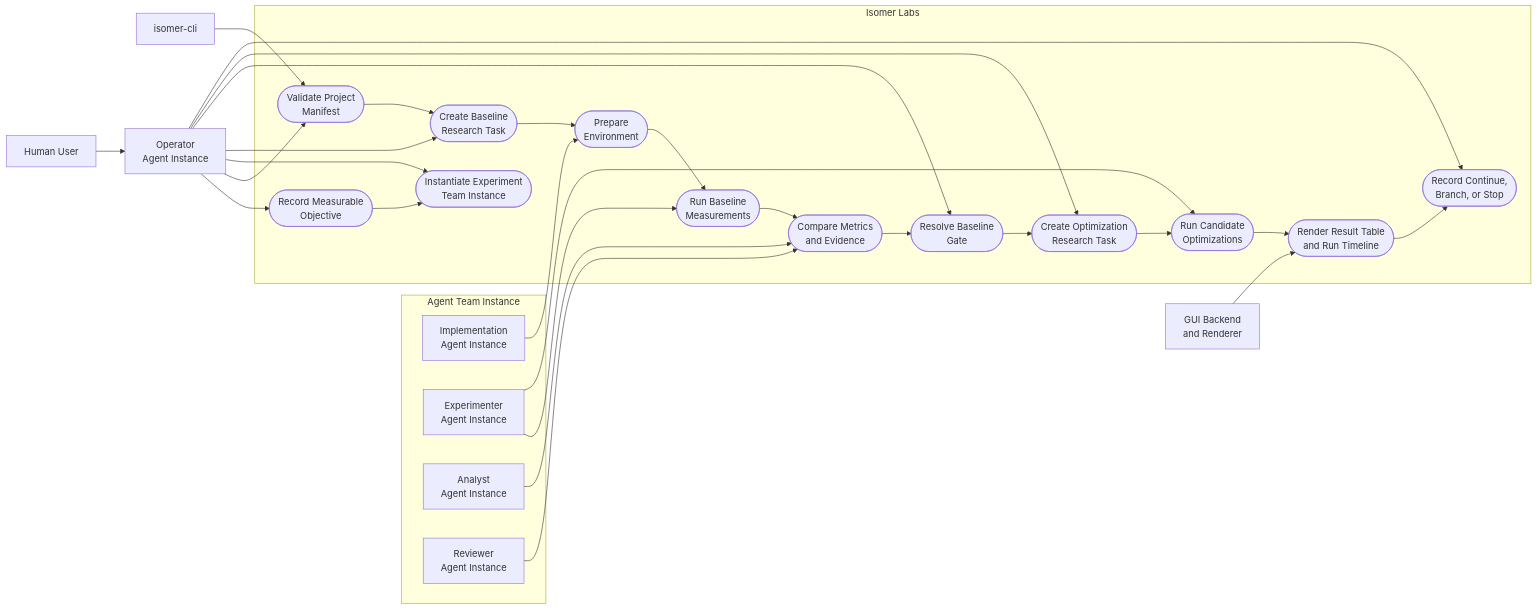
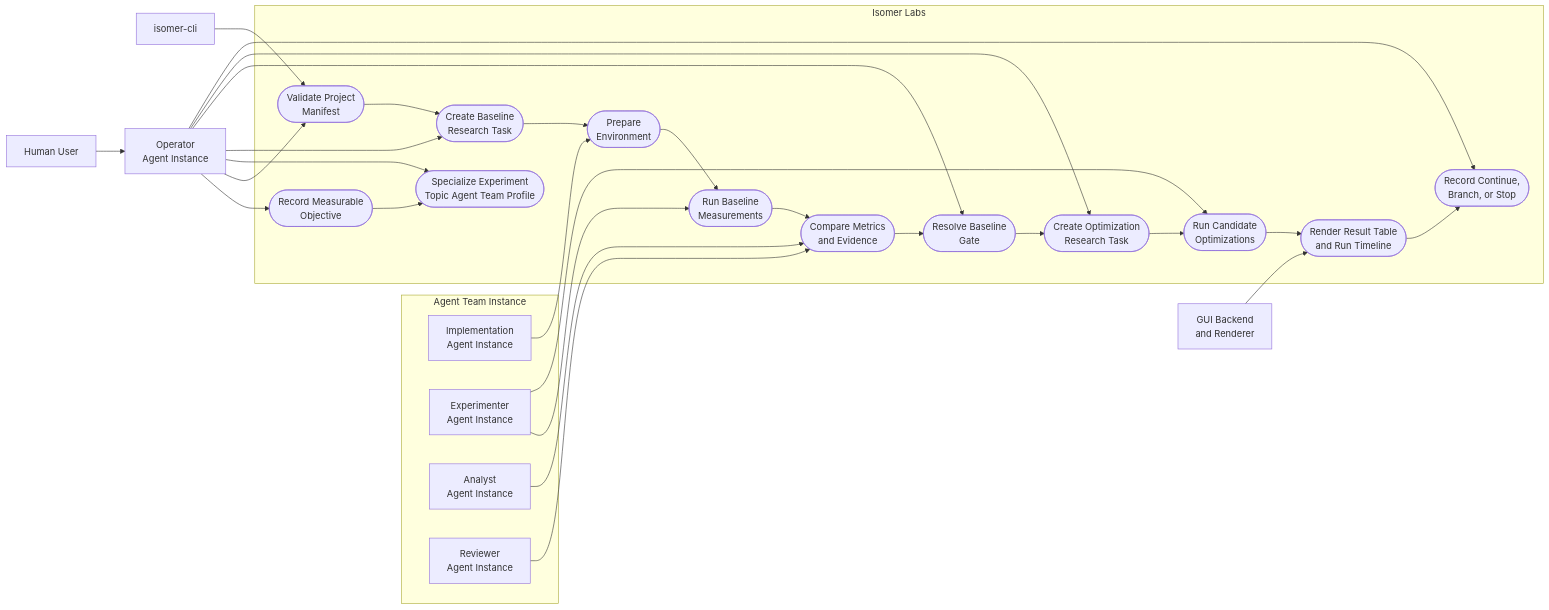
Before and after one commit to CodeGandee/isomer-labs: the first of 2 diagrams in .imsight-arts/project-explore/use-cases/uc-02-reproduce-baseline-and-optimize.md, drawn with Mermaid. The commit also changed other lines of this file and 12 other files, not shown here.

Commit message:
docs: define domain topic team lifecycle

````diff
--- a/.imsight-arts/project-explore/use-cases/uc-02-reproduce-baseline-and-optimize.md
+++ b/.imsight-arts/project-explore/use-cases/uc-02-reproduce-baseline-and-optimize.md
@@ -33,56 +33,56 @@
 ```mermaid
 flowchart LR
   User[Human User]
   CLI[isomer-cli]
   Operator["Operator<br/>Agent Instance"]
   GUI["GUI Backend<br/>and Renderer"]
 
   subgraph TeamInstance["Agent Team Instance"]
     Implementation["Implementation<br/>Agent Instance"]
     Experimenter["Experimenter<br/>Agent Instance"]
     Analyst["Analyst<br/>Agent Instance"]
     Reviewer["Reviewer<br/>Agent Instance"]
   end
 
   subgraph Isomer["Isomer Labs"]
     UC1([Record Measurable<br/>Objective])
     UC2([Validate Project<br/>Manifest])
-    UC3([Instantiate Experiment<br/>Team Instance])
+    UC3([Specialize Experiment<br/>Topic Agent Team Profile])
     UC4([Create Baseline<br/>Research Task])
     UC5([Prepare<br/>Environment])
     UC6([Run Baseline<br/>Measurements])
     UC7([Compare Metrics<br/>and Evidence])
     UC8([Resolve Baseline<br/>Gate])
     UC9([Create Optimization<br/>Research Task])
     UC10([Run Candidate<br/>Optimizations])
     UC11([Render Result Table<br/>and Run Timeline])
     UC12([Record Continue,<br/>Branch, or Stop])
   end
 
   User --> Operator
   CLI --> UC2
   Operator --> UC1
   Operator --> UC2
   Operator --> UC3
   Operator --> UC4
   Implementation --> UC5
   Experimenter --> UC6
   Analyst --> UC7
   Reviewer --> UC7
   Operator --> UC8
   Operator --> UC9
   Experimenter --> UC10
   GUI --> UC11
   Operator --> UC12
 
   UC1 --> UC3
   UC2 --> UC4
   UC4 --> UC5
   UC5 --> UC6
   UC6 --> UC7
   UC7 --> UC8
   UC8 --> UC9
   UC9 --> UC10
   UC10 --> UC11
   UC11 --> UC12
 ```
````
